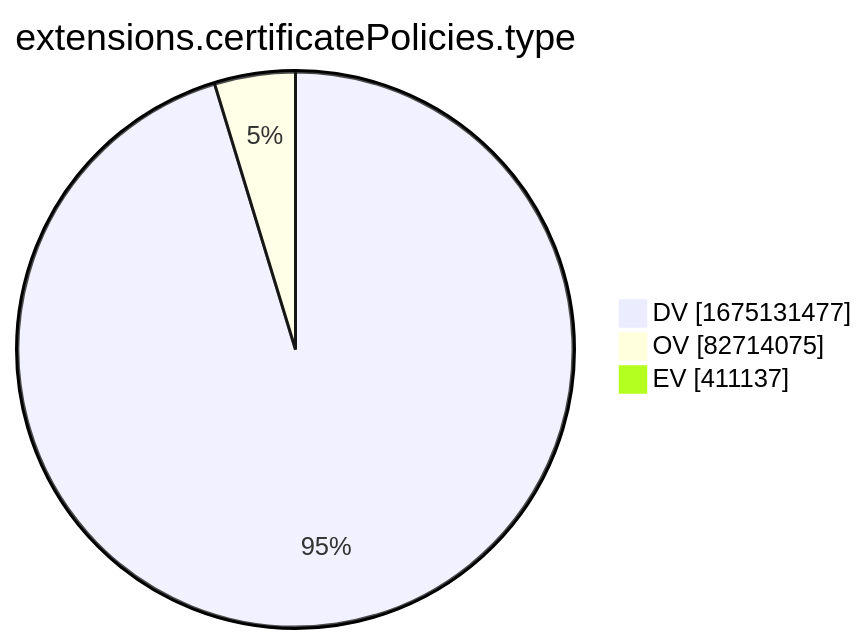
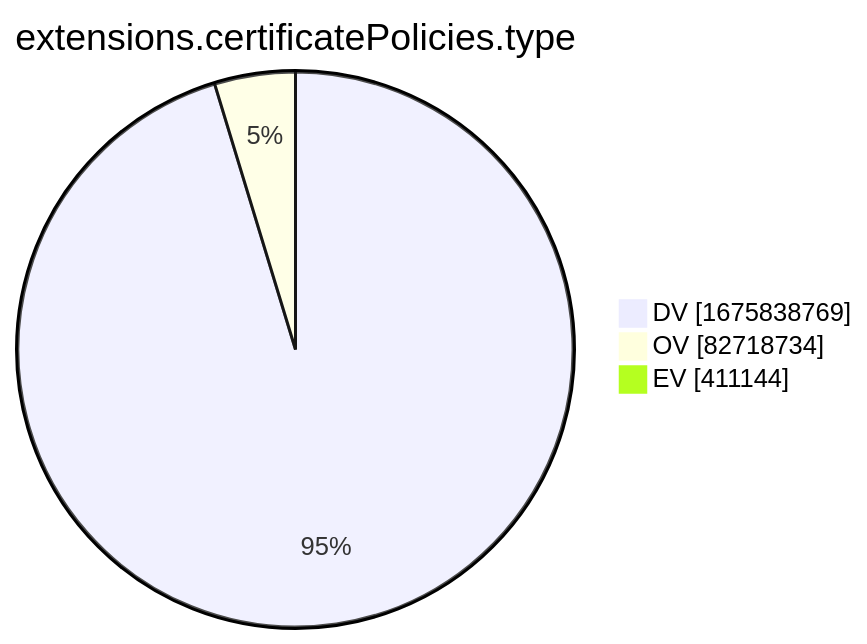
One commit to christiankrug/ctmonitor_visualization changed the tenth of 15 diagrams in xenon2022/README.md. Above: the diagram before and after it, drawn with Mermaid. The commit also changed other lines of this file, not shown here.

````diff
--- a/xenon2022/README.md
+++ b/xenon2022/README.md
@@ -2880,7 +2880,7 @@
 ```mermaid
 pie showData
 title extensions.certificatePolicies.type
-"DV" :1675131477
-"OV" :82714075
-"EV" :411137
+"DV" :1675838769
+"OV" :82718734
+"EV" :411144
 ```
````
